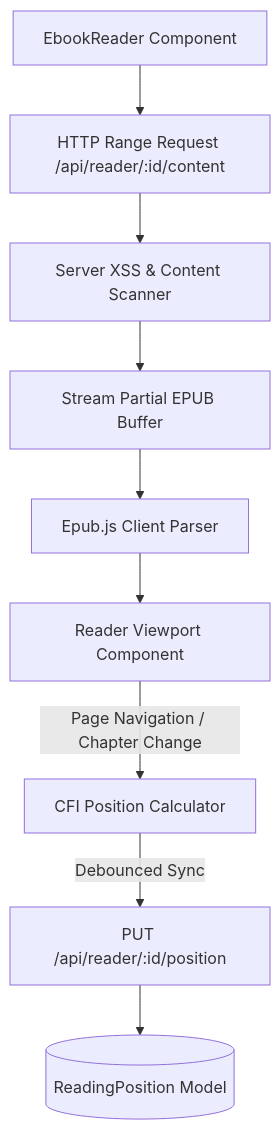
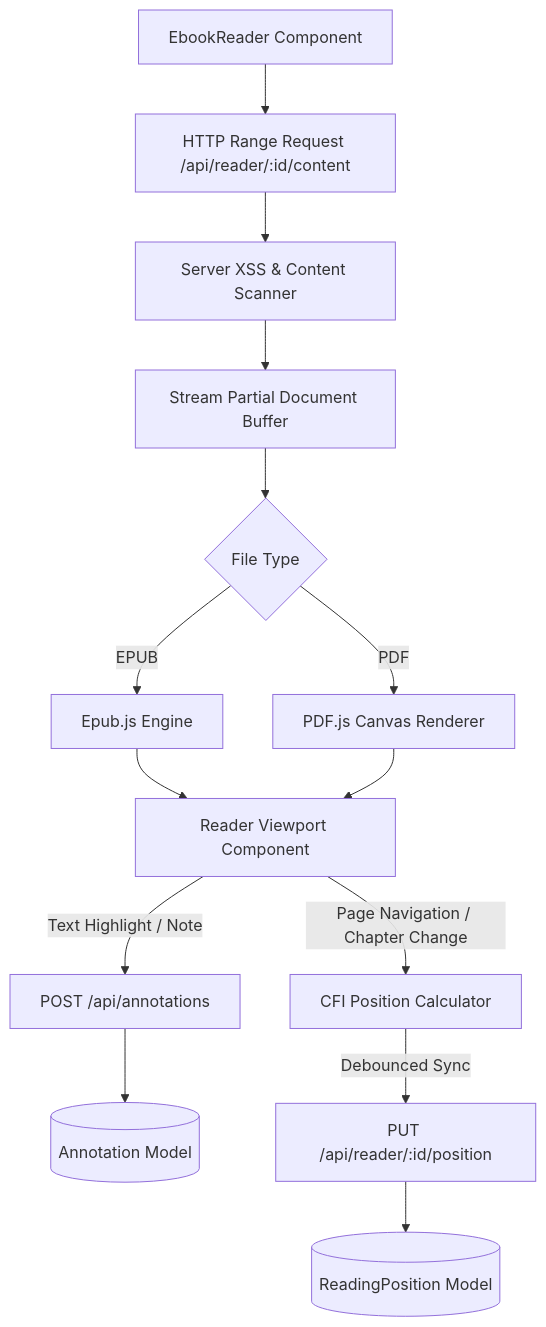
One commit to Aditya-Naikwadi/bookbuddy changed the sixth of 8 diagrams in README.md. Above: the diagram before and after it, drawn with Mermaid. The commit also changed other lines of this file and 103 other files, not shown here.

````diff
--- a/README.md
+++ b/README.md
@@ -366,12 +389,19 @@
 ```mermaid
 graph TD
     Client[EbookReader Component] --> StreamReq[HTTP Range Request /api/reader/:id/content]
     StreamReq --> ServerScanner[Server XSS & Content Scanner]
-    ServerScanner --> StreamResp[Stream Partial EPUB Buffer]
-    StreamResp --> EpubJS[Epub.js Client Parser]
+    ServerScanner --> StreamResp[Stream Partial Document Buffer]
+    StreamResp --> ReaderEngine{File Type}
+    ReaderEngine -->|EPUB| EpubJS[Epub.js Engine]
+    ReaderEngine -->|PDF| PDFJS[PDF.js Canvas Renderer]
+
     EpubJS --> Viewport[Reader Viewport Component]
+    PDFJS --> Viewport
+
+    Viewport -->|Text Highlight / Note| AnnotateAPI[POST /api/annotations]
+    AnnotateAPI --> AnnotationDB[(Annotation Model)]
 
     Viewport -->|Page Navigation / Chapter Change| PosUpdate[CFI Position Calculator]
     PosUpdate -->|Debounced Sync| SyncAPI[PUT /api/reader/:id/position]
     SyncAPI --> ReadingPositionDB[(ReadingPosition Model)]
 ```
````
